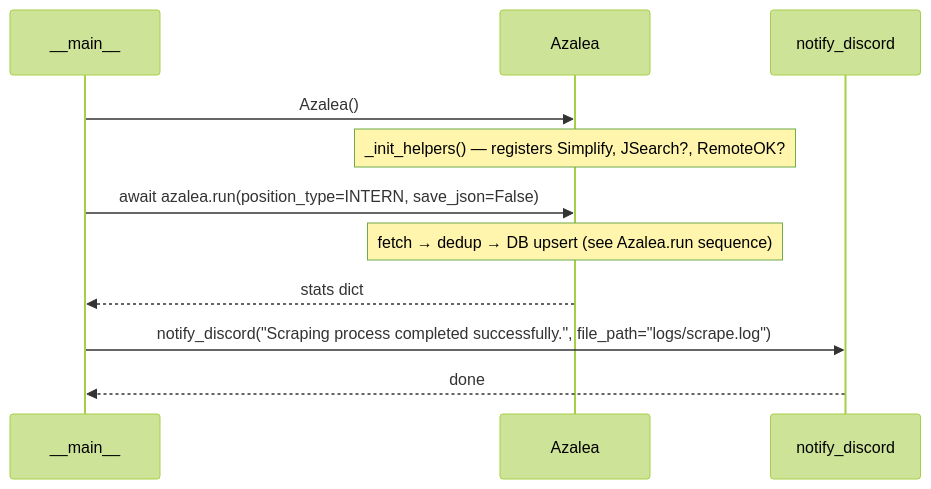
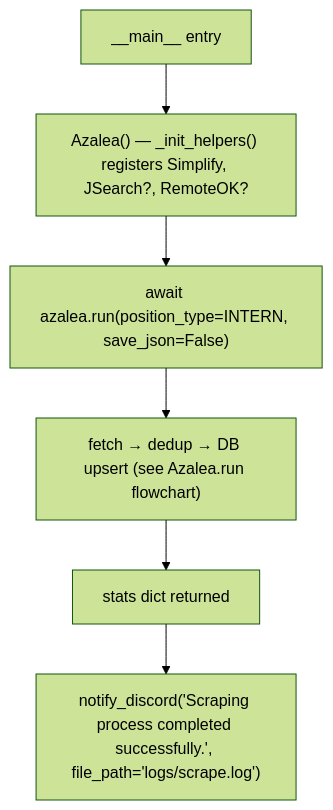
The diagram in docs/diagrams/scrape_seq.md (AustinDwomoh/libra), drawn with Mermaid (forest theme) before and after one commit. The commit also changed 17 other files, not shown here.

First line of the commit message:
Convert Mermaid sequences to flowcharts

````diff
--- a/docs/diagrams/scrape_seq.md
+++ b/docs/diagrams/scrape_seq.md
@@ -1,18 +1,9 @@
 ```mermaid
-%% sequenceDiagram — Tasks/scrape.py main() (entry point)
-sequenceDiagram
-    participant Entry as __main__
-    participant Az as Azalea
-    participant Discord as notify_discord
-
-    Entry->>Az: Azalea()
-    Note over Az: _init_helpers() — registers Simplify, JSearch?, RemoteOK?
-
-    Entry->>Az: await azalea.run(position_type=INTERN, save_json=False)
-    Note over Az: fetch → dedup → DB upsert (see Azalea.run sequence)
-    Az-->>Entry: stats dict
-
-    Entry->>Discord: notify_discord("Scraping process completed successfully.", file_path="logs/scrape.log")
-    Discord-->>Entry: done
-
+%% flowchart — Tasks/scrape.py main() (entry point)
+flowchart TD
+    A["__main__ entry"] --> B["Azalea() — _init_helpers() registers Simplify, JSearch?, RemoteOK?"]
+    B --> C["await azalea.run(position_type=INTERN, save_json=False)"]
+    C --> D["fetch → dedup → DB upsert (see Azalea.run flowchart)"]
+    D --> E[stats dict returned]
+    E --> F["notify_discord('Scraping process completed successfully.', file_path='logs/scrape.log')"]
 ```
````
